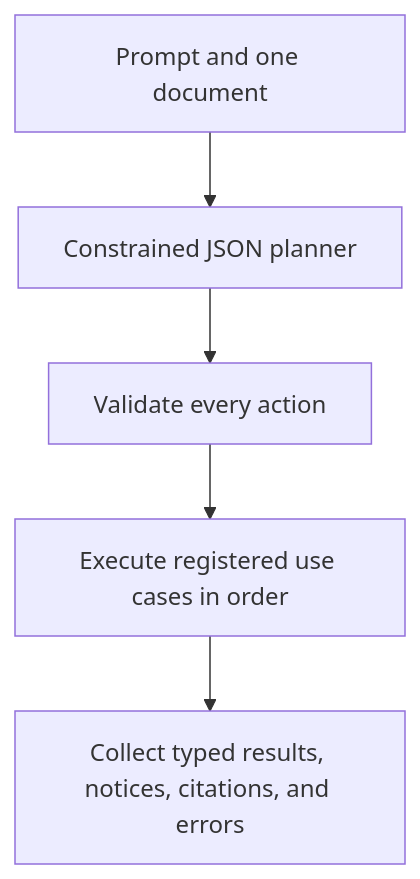
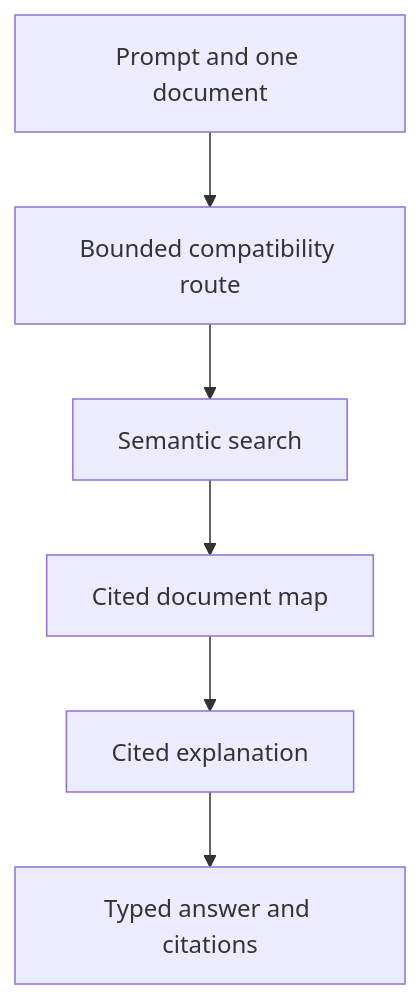
Before and after one commit to FearOfTheSea/ScholarAgent: the fourth of 5 diagrams in docs/Architecture.md, drawn with Mermaid. The commit also changed other lines of this file and 86 other files, not shown here.

````diff
--- a/docs/Architecture.md
+++ b/docs/Architecture.md
@@ -115,7 +121,8 @@
 ```mermaid
 flowchart TB
-    request["Prompt and one document"] --> planner["Constrained JSON planner"]
-    planner --> validate["Validate every action"]
-    validate --> execute["Execute registered use cases in order"]
-    execute --> collect["Collect typed results, notices, citations, and errors"]
+    request["Prompt and one document"] --> route["Bounded compatibility route"]
+    route --> search["Semantic search"]
+    search --> map["Cited document map"]
+    map --> explain["Cited explanation"]
+    explain --> collect["Typed answer and citations"]
 ```
````
